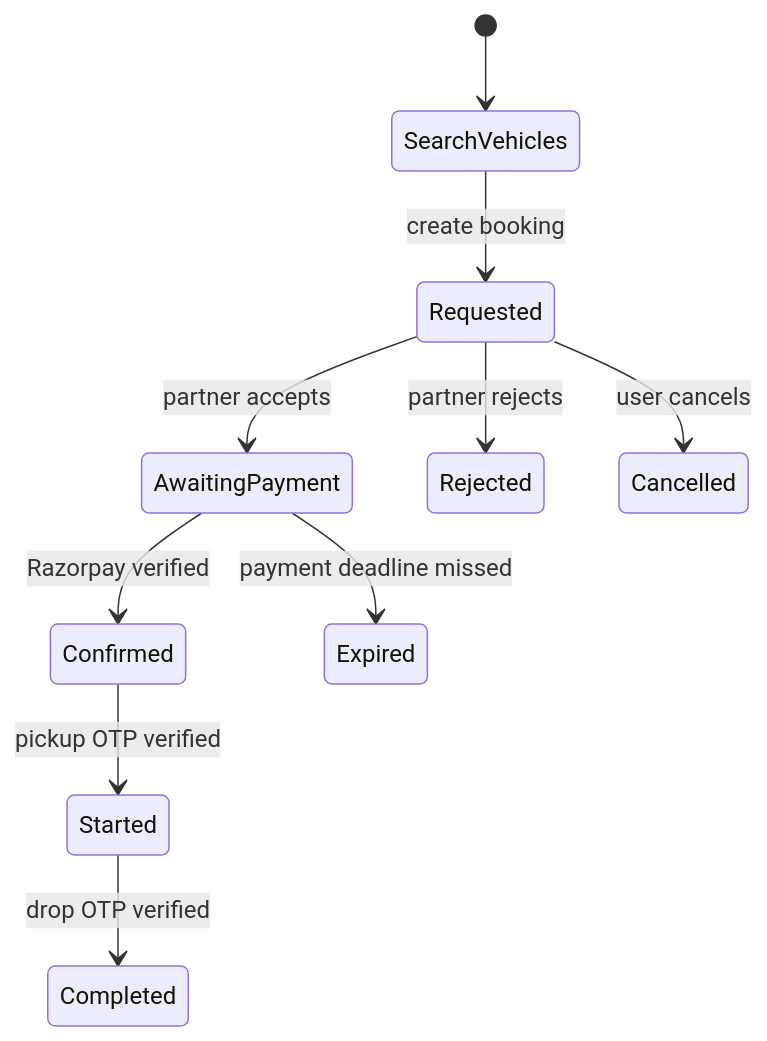
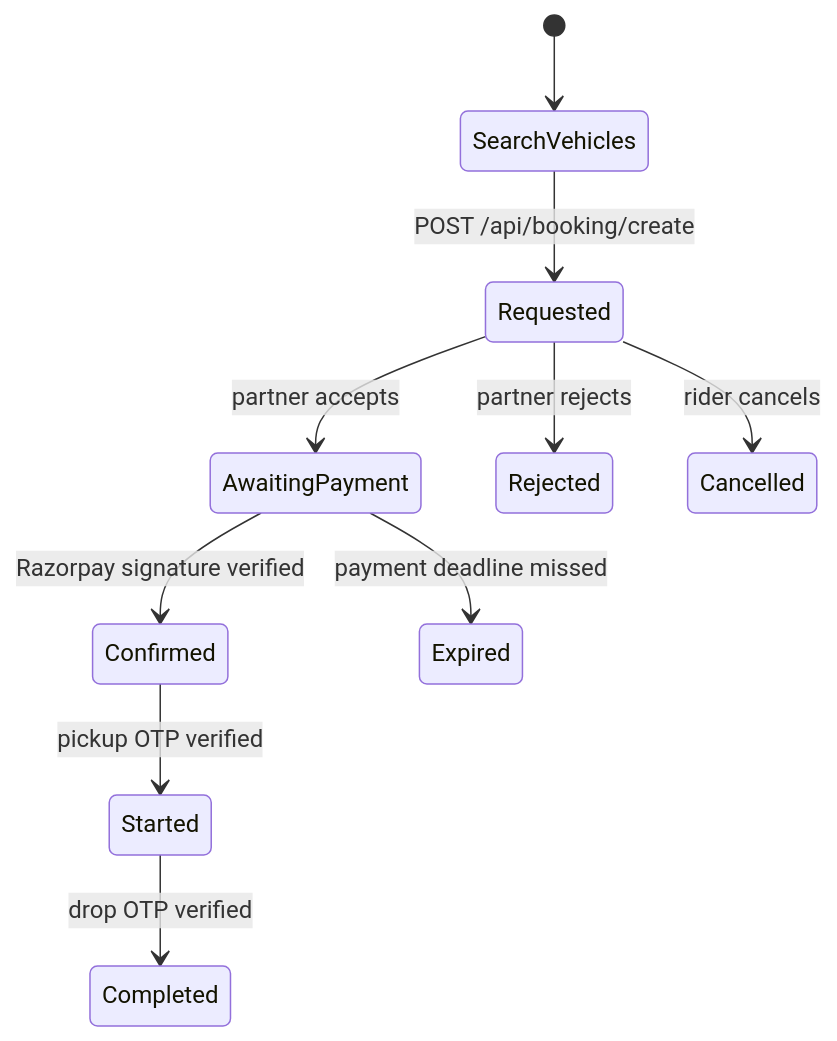
One commit to Piyush467/Rydex changed the second of 7 diagrams in README.md. Above: the diagram before and after it, drawn with Mermaid. The commit also changed other lines of this file, not shown here.

````diff
--- a/README.md
+++ b/README.md
@@ -195,12 +281,12 @@
 ```mermaid
 stateDiagram-v2
   [*] --> SearchVehicles
-  SearchVehicles --> Requested: create booking
+  SearchVehicles --> Requested: POST /api/booking/create
   Requested --> AwaitingPayment: partner accepts
-  AwaitingPayment --> Confirmed: Razorpay verified
+  AwaitingPayment --> Confirmed: Razorpay signature verified
   Confirmed --> Started: pickup OTP verified
   Started --> Completed: drop OTP verified
   Requested --> Rejected: partner rejects
-  Requested --> Cancelled: user cancels
+  Requested --> Cancelled: rider cancels
   AwaitingPayment --> Expired: payment deadline missed
 ```
````
